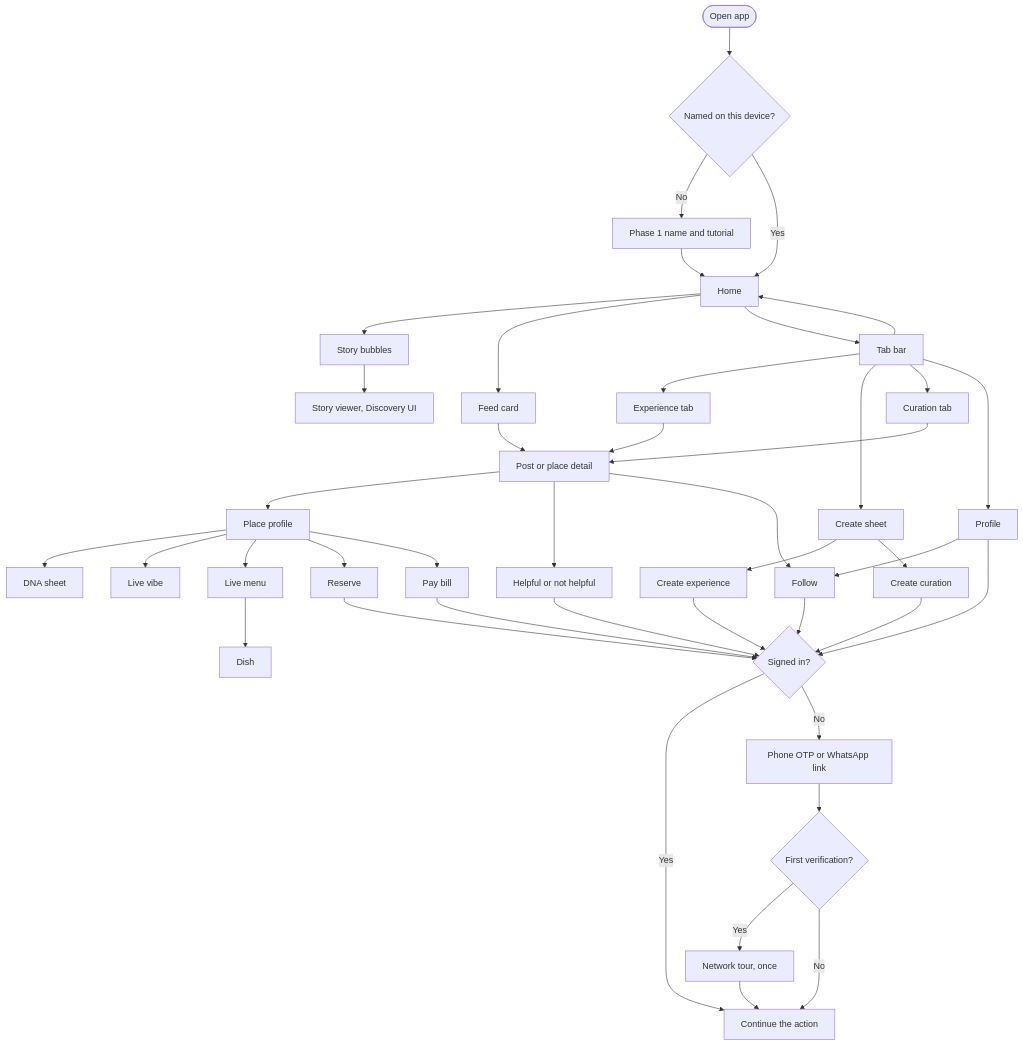
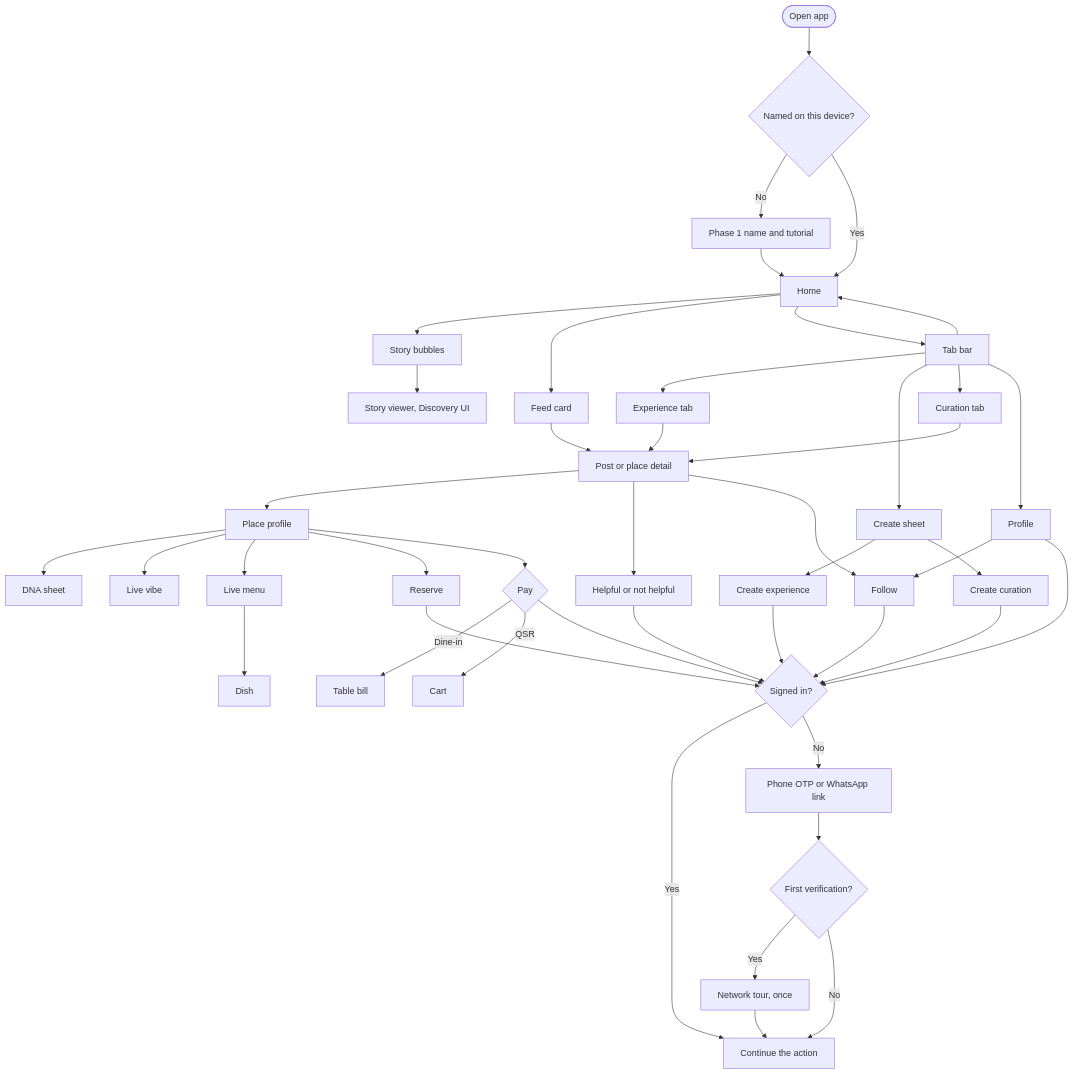
The diagram in product/detail-flows/00-map.md (bawra11/elite-product), drawn with Mermaid before and after one commit. The commit also changed 10 other files, not shown here.

First line of the commit message:
Add dine-in, QSR, and WhatsApp flowcharts.

````diff
--- a/product/detail-flows/00-map.md
+++ b/product/detail-flows/00-map.md
@@ -5,52 +5,54 @@
 ```mermaid
 flowchart TD
   launch([Open app]) --> known{Named on this device?}
   known -->|No| onboard["Phase 1 name and tutorial"]
   known -->|Yes| home["Home"]
   onboard --> home
 
   home --> bubbles["Story bubbles"]
   home --> card["Feed card"]
   home --> tabs["Tab bar"]
 
   bubbles --> viewer["Story viewer, Discovery UI"]
   card --> detail["Post or place detail"]
 
   tabs --> home
   tabs --> exp["Experience tab"]
   tabs --> create["Create sheet"]
   tabs --> cur["Curation tab"]
   tabs --> profile["Profile"]
 
   exp --> detail
   cur --> detail
   create --> expFlow["Create experience"]
   create --> curFlow["Create curation"]
 
   detail --> place["Place profile"]
   place --> dna["DNA sheet"]
   place --> vibe["Live vibe"]
   place --> menu["Live menu"]
   menu --> dish["Dish"]
   place --> reserve["Reserve"]
-  place --> pay["Pay bill"]
+  place --> pay{"Pay"}
+  pay -->|Dine-in| dinePay["Table bill"]
+  pay -->|QSR| qsrPay["Cart"]
 
   detail --> react["Helpful or not helpful"]
   detail --> follow["Follow"]
   profile --> follow
 
   react --> gate{Signed in?}
   follow --> gate
   expFlow --> gate
   curFlow --> gate
   reserve --> gate
   pay --> gate
   profile --> gate
 
   gate -->|Yes| back["Continue the action"]
   gate -->|No| auth["Phone OTP or WhatsApp link"]
   auth --> tour{First verification?}
   tour -->|Yes| phase3["Network tour, once"]
   tour -->|No| back
   phase3 --> back
 ```
````
